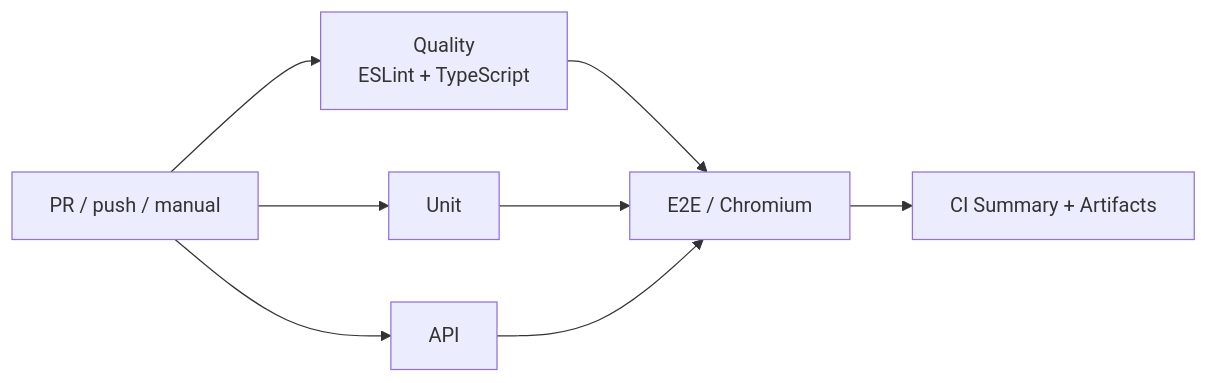
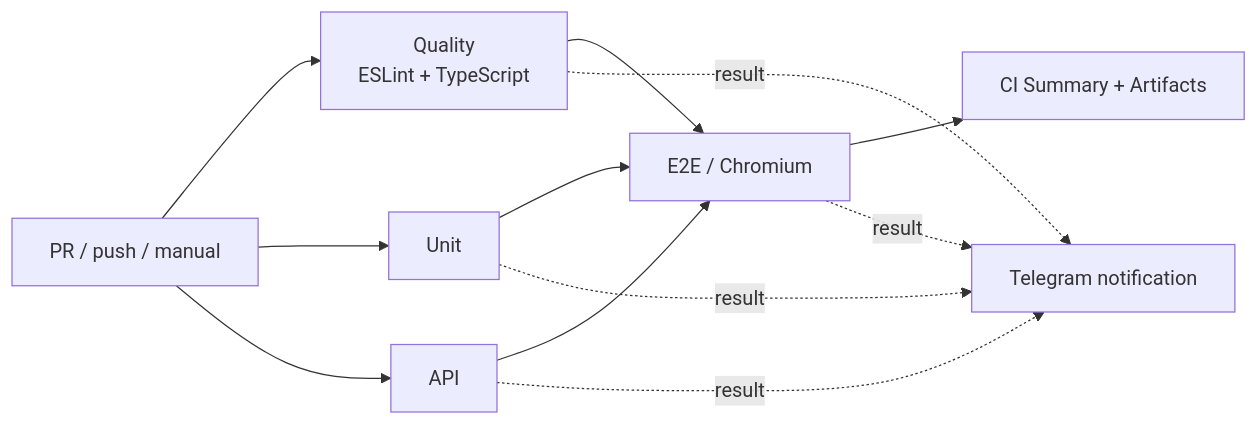
The diagram in README.md (TokhirjonYuldoshev/pomidorqa-tests), drawn with Mermaid before and after one commit. The commit also changed other lines of this file and 1 other file, not shown here.

First line of the commit message:
ci: add Telegram pipeline notifications

````diff
--- a/README.md
+++ b/README.md
@@ -10,10 +10,14 @@
 ```mermaid
 flowchart LR
     A[PR / push / manual] --> Q[Quality\nESLint + TypeScript]
     A --> U[Unit]
     A --> P[API]
     Q --> E[E2E / Chromium]
     U --> E
     P --> E
     E --> S[CI Summary + Artifacts]
+    Q -. result .-> T[Telegram notification]
+    U -. result .-> T
+    P -. result .-> T
+    E -. result .-> T
 ```
````
